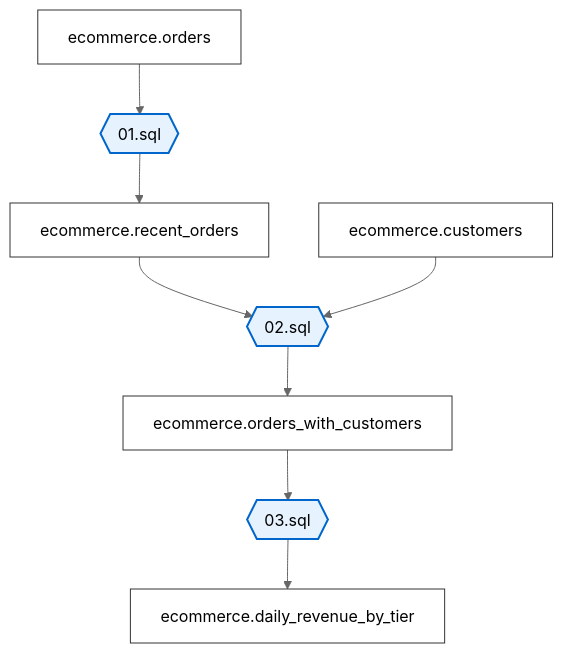
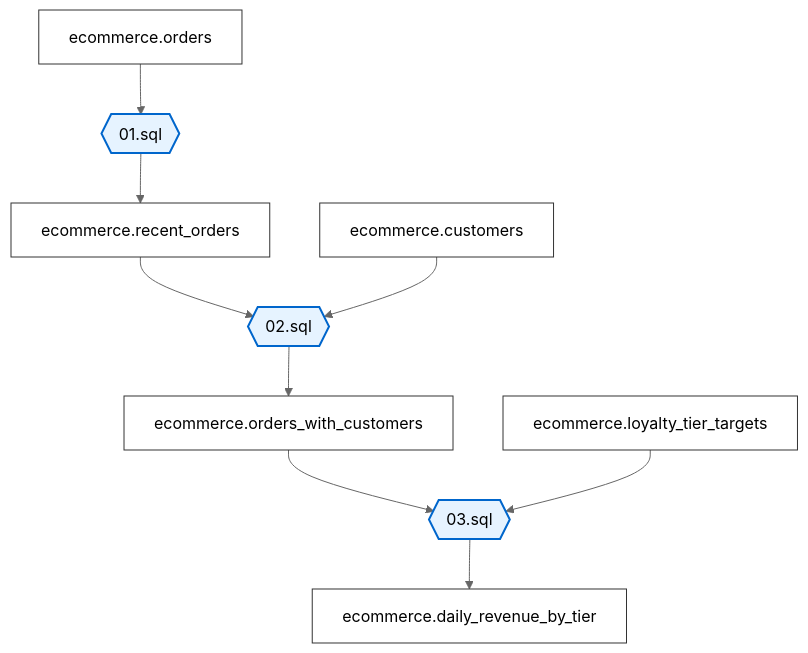
One commit to ashrithssreddy/github-actions-mermaid-charts changed the diagram in docs/data_flow.mmd. Above: the diagram before and after it, drawn with Mermaid (neutral theme). The commit also changed 1 other file, not shown here.

```diff
--- a/docs/data_flow.mmd
+++ b/docs/data_flow.mmd
@@ -1,33 +1,36 @@
 flowchart TD
   ecommerce_orders[ecommerce.orders]
   ecommerce_customers[ecommerce.customers]
 
   sql_01{{01.sql}}
 
   ecommerce_recent_orders[ecommerce.recent_orders]
 
   sql_02{{02.sql}}
 
   ecommerce_orders_with_customers[ecommerce.orders_with_customers]
 
   sql_03{{03.sql}}
 
   ecommerce_daily_revenue_by_tier[ecommerce.daily_revenue_by_tier]
+  ecommerce_loyalty_tier_targets[ecommerce.loyalty_tier_targets]
 
   ecommerce_orders --> sql_01
   sql_01 --> ecommerce_recent_orders
   ecommerce_recent_orders --> sql_02
   ecommerce_customers --> sql_02
   sql_02 --> ecommerce_orders_with_customers
   ecommerce_orders_with_customers --> sql_03
+  ecommerce_loyalty_tier_targets --> sql_03
   sql_03 --> ecommerce_daily_revenue_by_tier
 
   style sql_01 fill:#e6f3ff,stroke:#0066cc,stroke-width:2px
   style sql_02 fill:#e6f3ff,stroke:#0066cc,stroke-width:2px
   style sql_03 fill:#e6f3ff,stroke:#0066cc,stroke-width:2px
 
   style ecommerce_orders fill:#ffffff,stroke:#333333,stroke-width:1px
   style ecommerce_customers fill:#ffffff,stroke:#333333,stroke-width:1px
   style ecommerce_recent_orders fill:#ffffff,stroke:#333333,stroke-width:1px
   style ecommerce_orders_with_customers fill:#ffffff,stroke:#333333,stroke-width:1px
   style ecommerce_daily_revenue_by_tier fill:#ffffff,stroke:#333333,stroke-width:1px
+  style ecommerce_loyalty_tier_targets fill:#ffffff,stroke:#333333,stroke-width:1px
```
